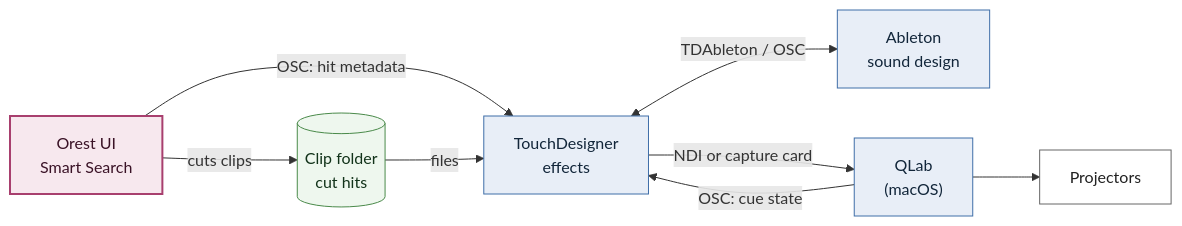
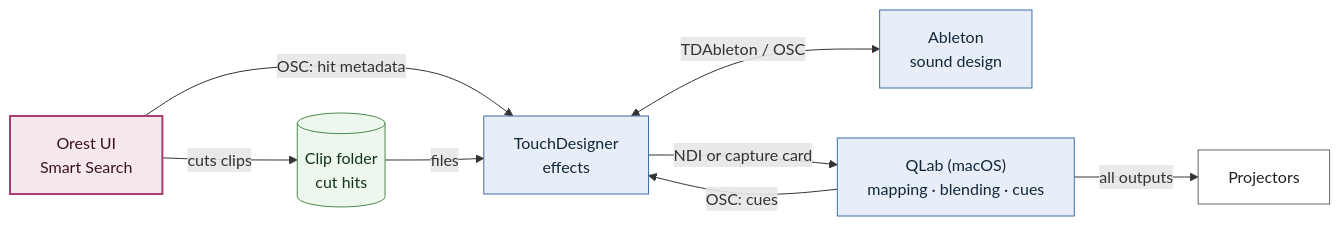
The diagram in knowledge/components/03_render.md (moe5555/orest), drawn with Mermaid before and after one commit. The commit also changed other lines of this file, not shown here.

````diff
--- a/knowledge/components/03_render.md
+++ b/knowledge/components/03_render.md
@@ -12,15 +20,15 @@
 ```mermaid
 graph LR;
     UI["Orest UI<br/>Smart Search"]:::orest -->|OSC: hit metadata| TD["TouchDesigner<br/>effects"]:::proc;
     CUT[("Clip folder<br/>cut hits")]:::store -->|files| TD;
     UI -->|cuts clips| CUT;
     TD <-->|TDAbleton / OSC| ABL["Ableton<br/>sound design"]:::proc;
-    TD -->|NDI or capture card| QL["QLab<br/>(macOS)"]:::proc;
-    QL -->|OSC: cue state| TD;
-    QL --> PROJ["Projectors"]:::out;
+    TD -->|NDI or capture card| QL["QLab (macOS)<br/>mapping · blending · cues"]:::proc;
+    QL -->|OSC: cues| TD;
+    QL -->|all outputs| PROJ["Projectors"]:::out;
 
     classDef orest fill:#f7e8ee,stroke:#a83f6e,stroke-width:2px,color:#3a1226;
     classDef proc fill:#e8eef7,stroke:#3f6ea8,color:#12263a;
     classDef store fill:#eef7ee,stroke:#4a8a4a,color:#12331a;
     classDef out fill:#fff,stroke:#666,color:#222;
 ```
````
